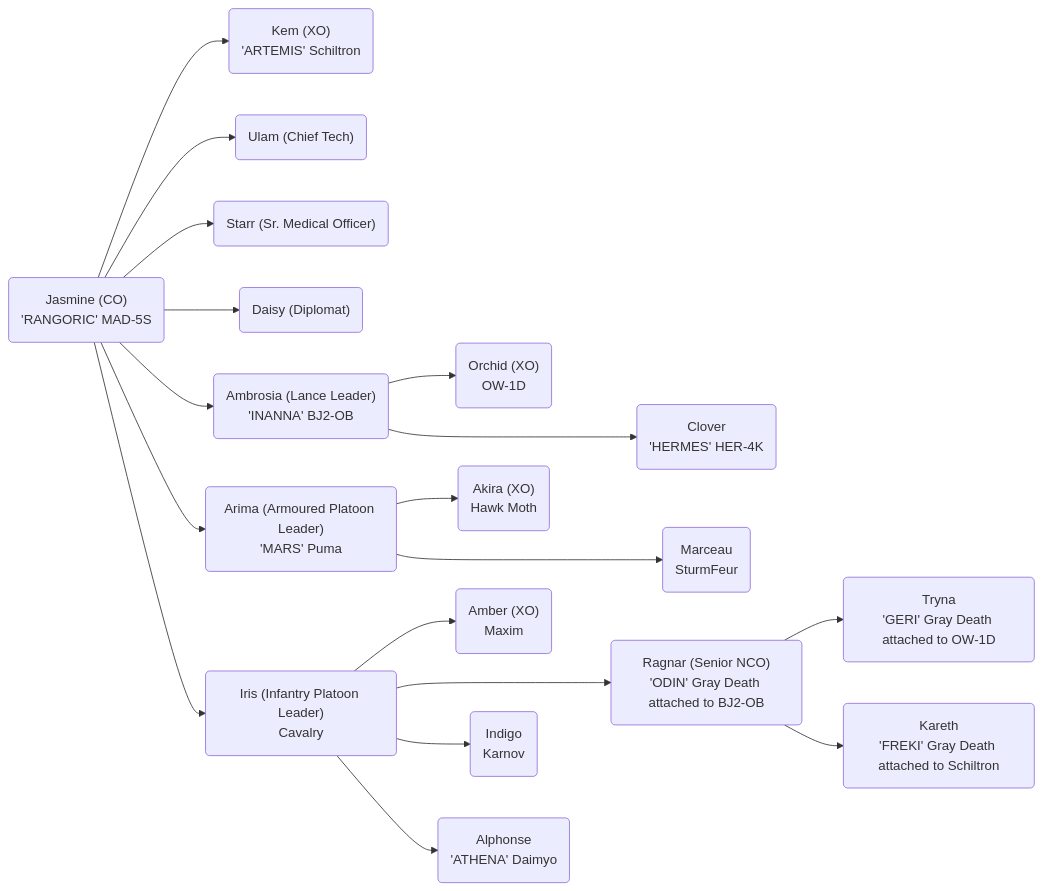
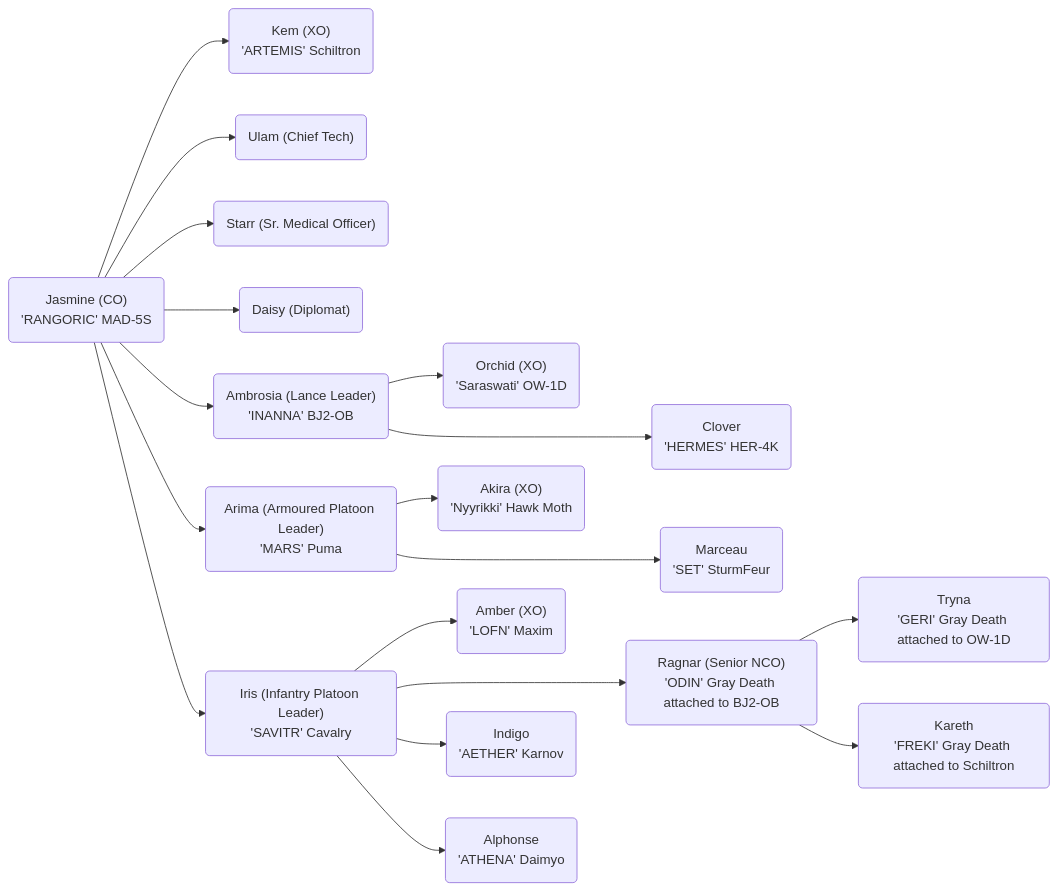
The diagram in README.md (Rangoric/BattleTech-Campaign), drawn with Mermaid before and after one commit.

````diff
--- a/README.md
+++ b/README.md
@@ -3,38 +3,38 @@
 ```mermaid
 flowchart LR
   co("Jasmine (CO)\n'RANGORIC' MAD-5S")
   xo("Kem (XO)\n'ARTEMIS' Schiltron")
   ct("Ulam (Chief Tech)")
   smo("Starr (Sr. Medical Officer)")
   dp("Daisy (Diplomat)")
   ll("Ambrosia (Lance Leader)\n'INANNA' BJ2-OB")
   lm1("Clover\n'HERMES' HER-4K")
-  lxo("Orchid (XO)\nOW-1D")
+  lxo("Orchid (XO)\n'Saraswati' OW-1D")
   al("Arima (Armoured Platoon Leader)\n'MARS' Puma")
-  axo("Akira (XO)"\nHawk Moth)
-  am1("Marceau\nSturmFeur")
-  il("Iris (Infantry Platoon Leader)"\nCavalry)
-  im1("Indigo\nKarnov")
+  axo("Akira (XO)"\n'Nyyrikki' Hawk Moth)
+  am1("Marceau\n'SET' SturmFeur")
+  il("Iris (Infantry Platoon Leader)"\n'SAVITR' Cavalry)
+  im1("Indigo\n'AETHER' Karnov")
   im2("Alphonse\n'ATHENA' Daimyo")
   isnco("Ragnar (Senior NCO)\n'ODIN' Gray Death attached to BJ2-OB")
   iyl1("Tryna\n'GERI' Gray Death attached to OW-1D")
   iyl3("Kareth\n'FREKI' Gray Death attached to Schiltron")
-  ixo("Amber (XO)\nMaxim")
+  ixo("Amber (XO)\n'LOFN' Maxim")
   co --> xo
   co --> ct
   co --> smo
   co --> dp
   co --> ll
   co --> al
   co --> il
   ll --> lxo
   ll ---> lm1
   al --> axo
   al ---> am1
   il --> ixo
   il ---> isnco
   il --> im1
   il --> im2
   isnco --> iyl1
   isnco --> iyl3
 ```
````
